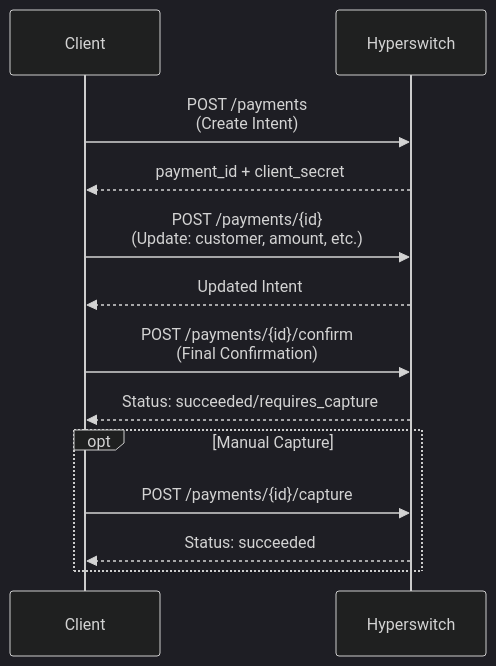
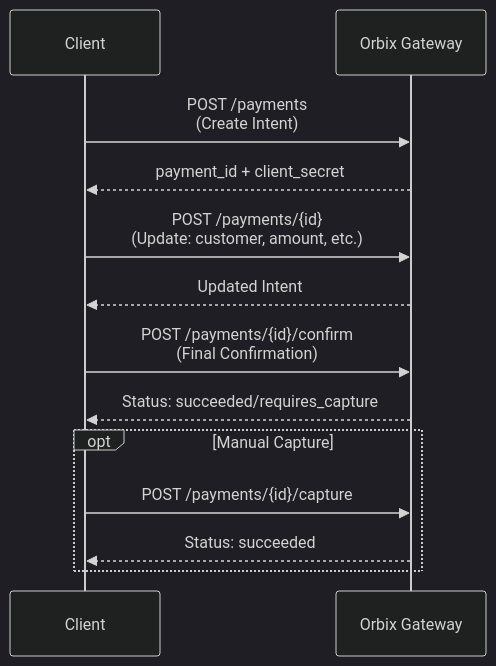
One commit to NoxlyDev/orbix-gateway changed the fourth of 10 diagrams in api-reference/v1/payments/payment--flows.mdx. Above: the diagram before and after it, drawn with Mermaid (dark theme). The commit also changed other lines of this file and 2073 other files, not shown here.

Commit message:
rename: hyperswitch/juspay -> orbix (content + paths), masking as path dep

````diff
--- a/api-reference/v1/payments/payment--flows.mdx
+++ b/api-reference/v1/payments/payment--flows.mdx
@@ -86,19 +86,19 @@
 ```mermaid
 sequenceDiagram
     participant Client
-    participant Hyperswitch
+    participant Orbix Gateway
     
-    Client->>Hyperswitch: POST /payments<br/>(Create Intent)
-    Hyperswitch-->>Client: payment_id + client_secret
+    Client->>Orbix Gateway: POST /payments<br/>(Create Intent)
+    Orbix Gateway-->>Client: payment_id + client_secret
     
-    Client->>Hyperswitch: POST /payments/{id}<br/>(Update: customer, amount, etc.)
-    Hyperswitch-->>Client: Updated Intent
+    Client->>Orbix Gateway: POST /payments/{id}<br/>(Update: customer, amount, etc.)
+    Orbix Gateway-->>Client: Updated Intent
     
-    Client->>Hyperswitch: POST /payments/{id}/confirm<br/>(Final Confirmation)
-    Hyperswitch-->>Client: Status: succeeded/requires_capture
+    Client->>Orbix Gateway: POST /payments/{id}/confirm<br/>(Final Confirmation)
+    Orbix Gateway-->>Client: Status: succeeded/requires_capture
     
     opt Manual Capture
-        Client->>Hyperswitch: POST /payments/{id}/capture
-        Hyperswitch-->>Client: Status: succeeded
+        Client->>Orbix Gateway: POST /payments/{id}/capture
+        Orbix Gateway-->>Client: Status: succeeded
     end
 ```
````
